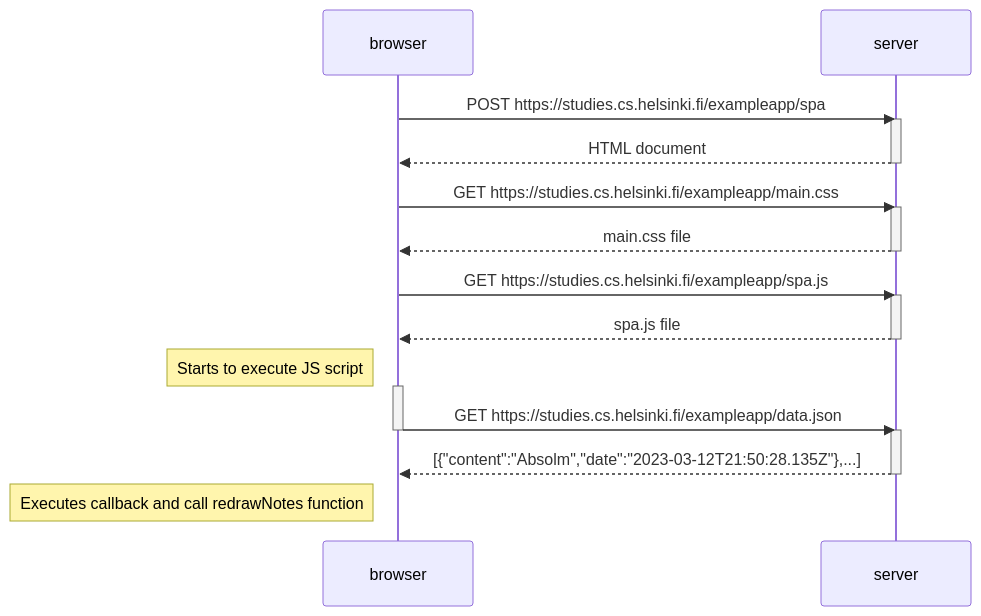
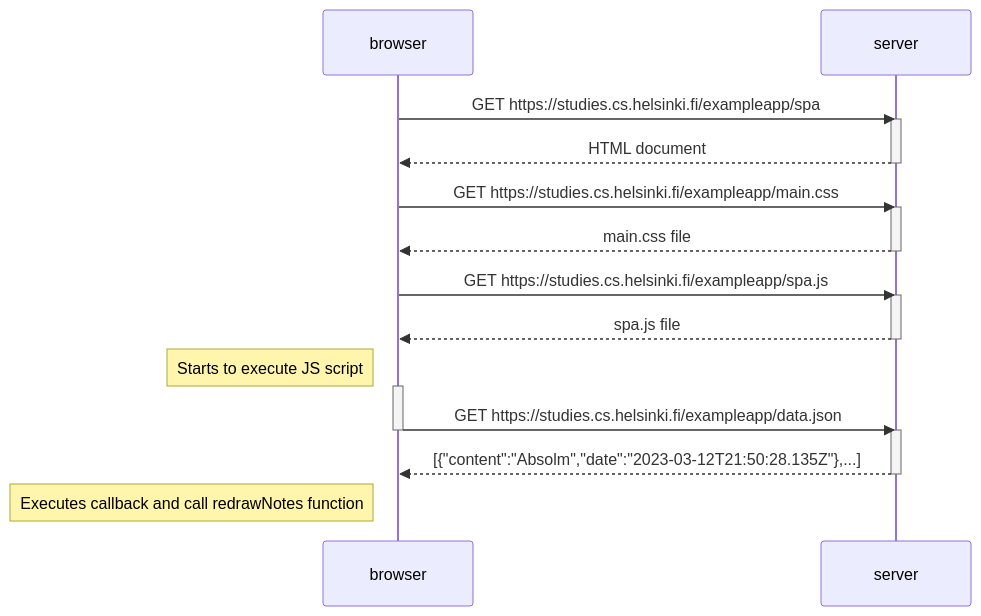
Before and after one commit to evorition/FSO: the diagram in part0/0.5_spa_diagram.md, drawn with Mermaid.

````diff
--- a/part0/0.5_spa_diagram.md
+++ b/part0/0.5_spa_diagram.md
@@ -1,35 +1,35 @@
 ```mermaid
 sequenceDiagram
     participant browser
     participant server
 
-    browser->>server: POST https://studies.cs.helsinki.fi/exampleapp/spa
+    browser->>server: GET https://studies.cs.helsinki.fi/exampleapp/spa
 
     activate server
     server-->>browser: HTML document
     deactivate server
 
     browser->>server: GET https://studies.cs.helsinki.fi/exampleapp/main.css
     activate server
     server-->>browser: main.css file
     deactivate server
 
     browser->>server: GET https://studies.cs.helsinki.fi/exampleapp/spa.js
 
     activate server
     server-->>browser: spa.js file
     deactivate server
     Note left of browser: Starts to execute JS script
     
 
     activate browser
     browser->>server: GET https://studies.cs.helsinki.fi/exampleapp/data.json
     deactivate browser
 
     activate server
     server-->>browser: [{"content":"Absolm","date":"2023-03-12T21:50:28.135Z"},...]
     deactivate server
     Note left of browser: Executes callback and call redrawNotes function
 
     activate server
 ```
````
